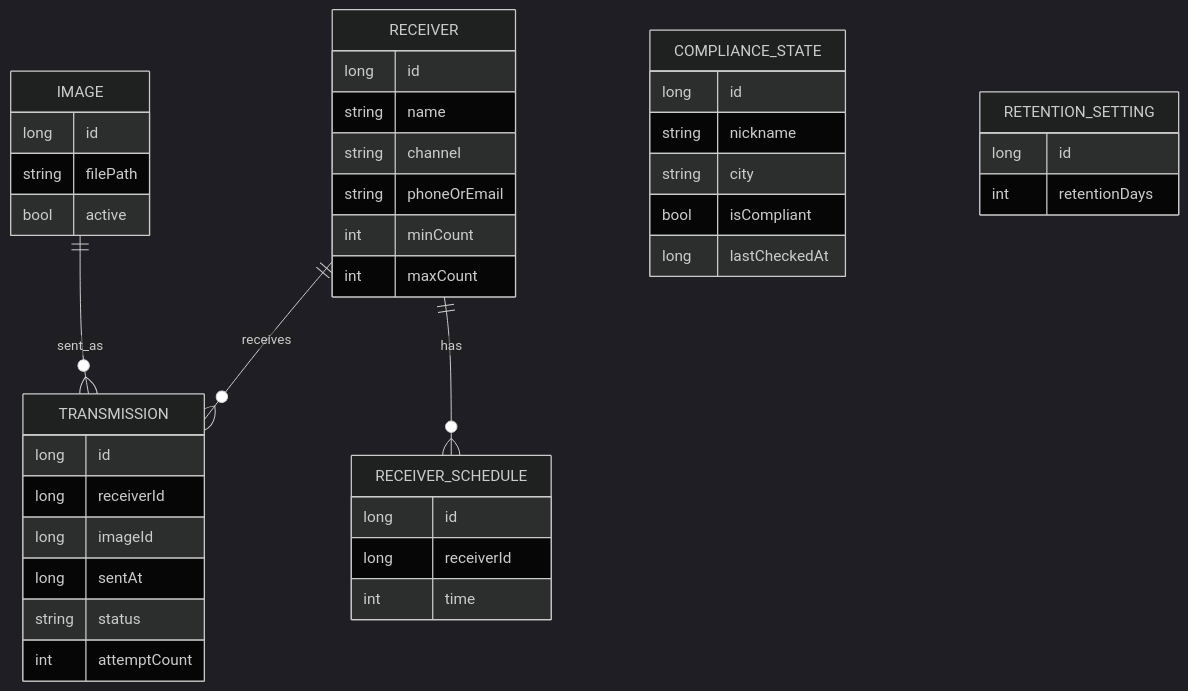
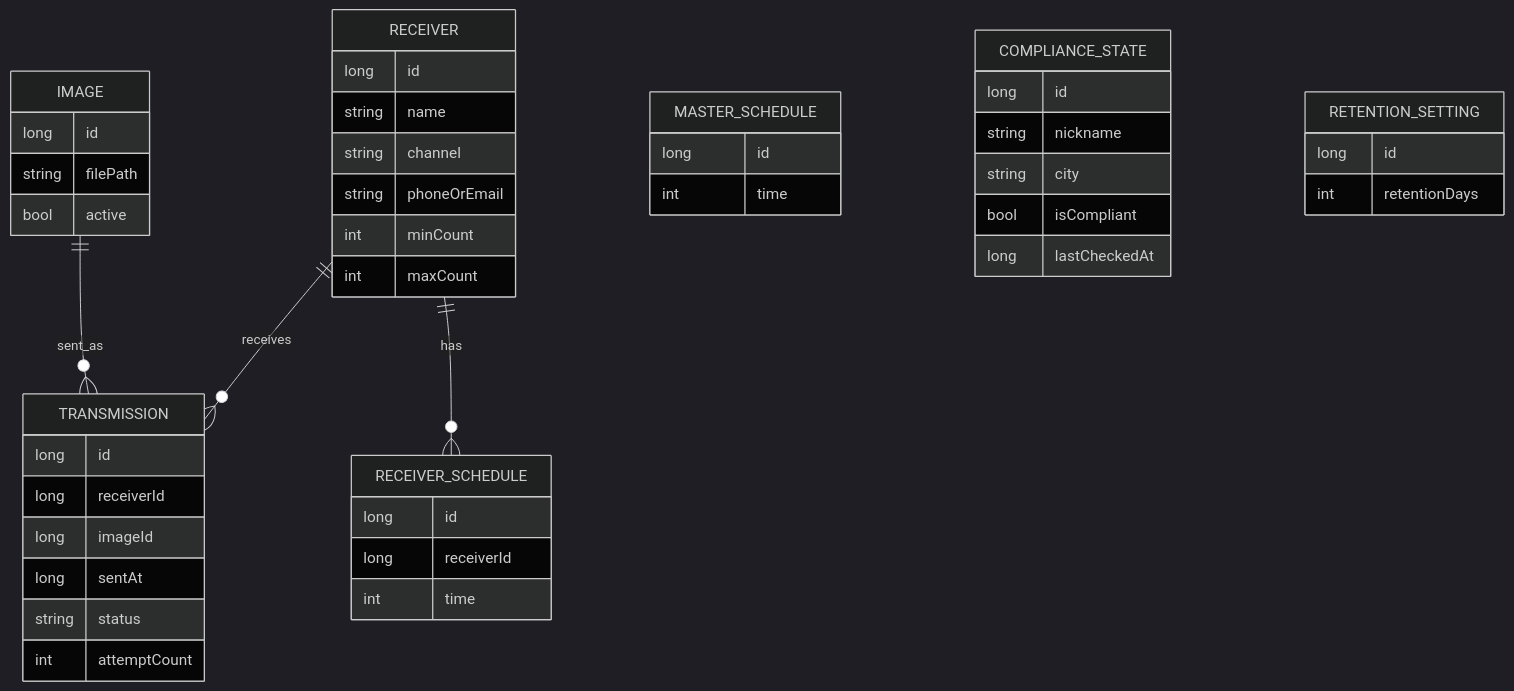
Before and after one commit to rvmpkhithub/RIS: the third of 3 diagrams in _bmad-output/planning-artifacts/architecture/architecture-RIS-2026-07-08/ARCHITECTURE-SPINE.md, drawn with Mermaid (dark theme). The commit also changed other lines of this file and 7 other files, not shown here.

First line of the commit message:
Add master schedule fallback requirement (planning docs)

````diff
--- a/_bmad-output/planning-artifacts/architecture/architecture-RIS-2026-07-08/ARCHITECTURE-SPINE.md
+++ b/_bmad-output/planning-artifacts/architecture/architecture-RIS-2026-07-08/ARCHITECTURE-SPINE.md
@@ -173,43 +178,47 @@
 ```mermaid
 erDiagram
   RECEIVER ||--o{ TRANSMISSION : receives
   IMAGE ||--o{ TRANSMISSION : sent_as
   RECEIVER ||--o{ RECEIVER_SCHEDULE : has
   RECEIVER {
     long id
     string name
     string channel
     string phoneOrEmail
     int minCount
     int maxCount
   }
   RECEIVER_SCHEDULE {
     long id
     long receiverId
+    int time
+  }
+  MASTER_SCHEDULE {
+    long id
     int time
   }
   IMAGE {
     long id
     string filePath
     bool active
   }
   TRANSMISSION {
     long id
     long receiverId
     long imageId
     long sentAt
     string status
     int attemptCount
   }
   COMPLIANCE_STATE {
     long id
     string nickname
     string city
     bool isCompliant
     long lastCheckedAt
   }
   RETENTION_SETTING {
     long id
     int retentionDays
   }
 ```
````
